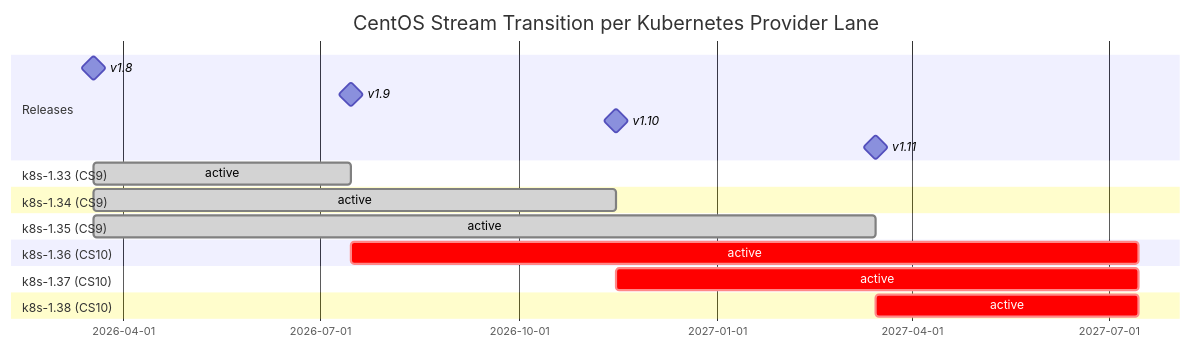
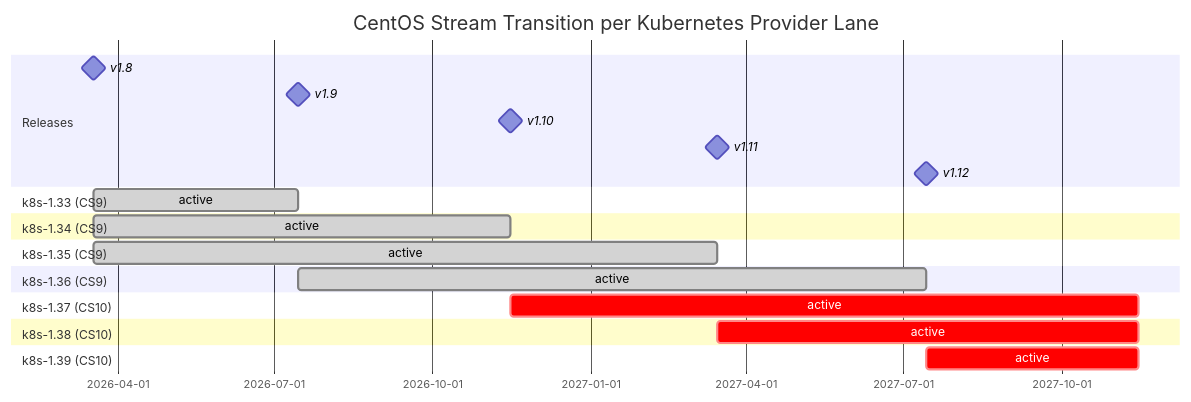
One commit to kubevirt/enhancements changed the diagram in veps/sig-compute/210-centos-stream-10/vep.md. Above: the diagram before and after it, drawn with Mermaid. The commit also changed other lines of this file, not shown here.

````diff
--- a/veps/sig-compute/210-centos-stream-10/vep.md
+++ b/veps/sig-compute/210-centos-stream-10/vep.md
@@ -129,31 +131,35 @@
 ```mermaid
 gantt
     title CentOS Stream Transition per Kubernetes Provider Lane
     dateFormat YYYY-MM-DD
     tickInterval 3month
     todayMarker off
 
     section Releases
     v1.8            :milestone, m1, 2026-03-18, 0d
     v1.9            :milestone, m2, 2026-07-15, 0d
     v1.10           :milestone, m3, 2026-11-15, 0d
     v1.11           :milestone, m4, 2027-03-15, 0d
+    v1.12           :milestone, m5, 2027-07-15, 0d
 
     section k8s-1.33 (CS9)
     active          :done, 2026-03-18, 2026-07-15
 
     section k8s-1.34 (CS9)
     active          :done, 2026-03-18, 2026-11-15
 
     section k8s-1.35 (CS9)
     active          :done, 2026-03-18, 2027-03-15
 
-    section k8s-1.36 (CS10)
-    active          :crit, 2026-07-15, 2027-07-15
+    section k8s-1.36 (CS9)
+    active          :done, 2026-07-15, 2027-07-15
 
     section k8s-1.37 (CS10)
-    active          :crit, 2026-11-15, 2027-07-15
+    active          :crit, 2026-11-15, 2027-11-15
 
     section k8s-1.38 (CS10)
-    active          :crit, 2027-03-15, 2027-07-15
+    active          :crit, 2027-03-15, 2027-11-15
+
+    section k8s-1.39 (CS10)
+    active          :crit, 2027-07-15, 2027-11-15
 ```
````
